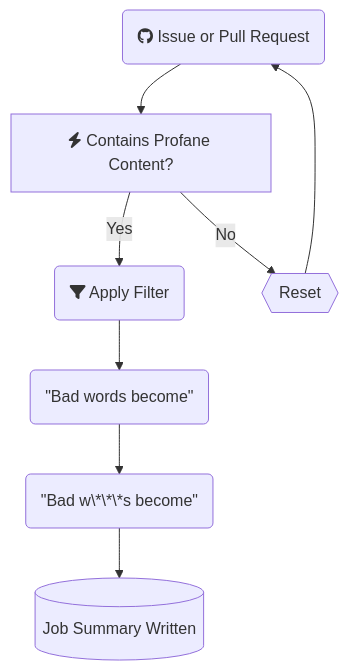
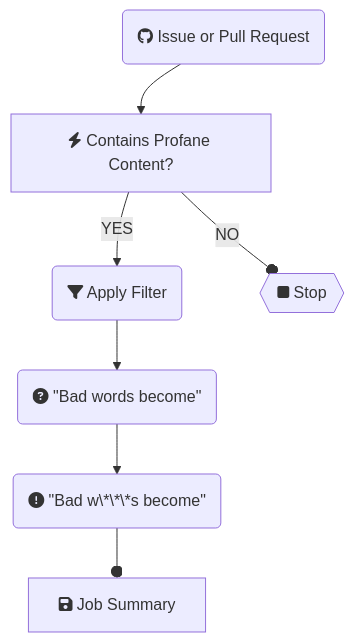
The diagram in README.md (IEvangelist/profanity-filter), drawn with Mermaid before and after one commit. The commit also changed other lines of this file and 2 other files, not shown here.

````diff
--- a/README.md
+++ b/README.md
@@ -118,10 +123,10 @@
 ```mermaid
 flowchart TD
     A(fab:fa-github Issue or Pull Request)
-      --> IsBad[fas:fa-bolt Contains Profane Content?]
-    IsBad -->|Yes| C(fa:fa-filter Apply Filter)
-      --> E(&quot;Bad words become&quot;)
-      --> F(&quot;Bad w\*\*\*s become&quot;)
-      --> G[(Job Summary Written)]
-    IsBad -->|No| D{{Reset}} -->A
+      --> B[fas:fa-bolt Contains Profane Content?]
+    B -->|YES| C(fa:fa-filter Apply Filter)
+      --> E(fas:fa-question-circle &quot;Bad words become&quot;)
+      --> F(fas:fa-exclamation-circle &quot;Bad w\*\*\*s become&quot;)
+      --o G[fa:fa-save Job Summary]
+    B --o|NO| D{{fa:fa-stop Stop}} ~~~A
 ```
````
